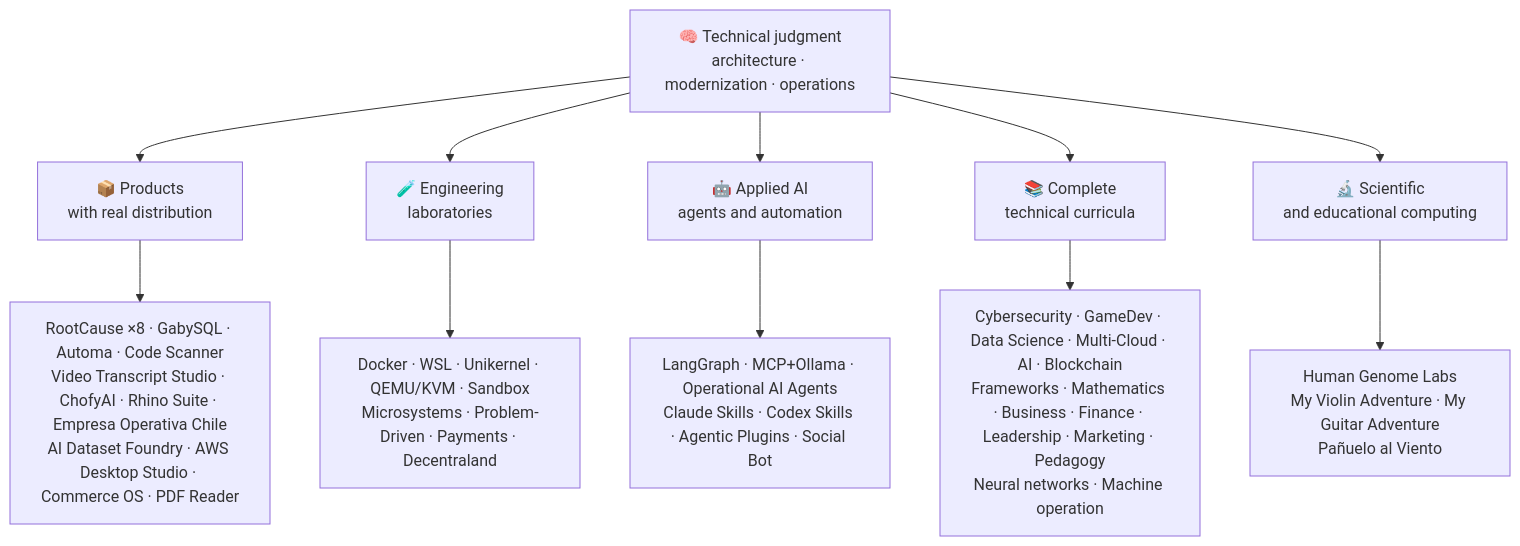
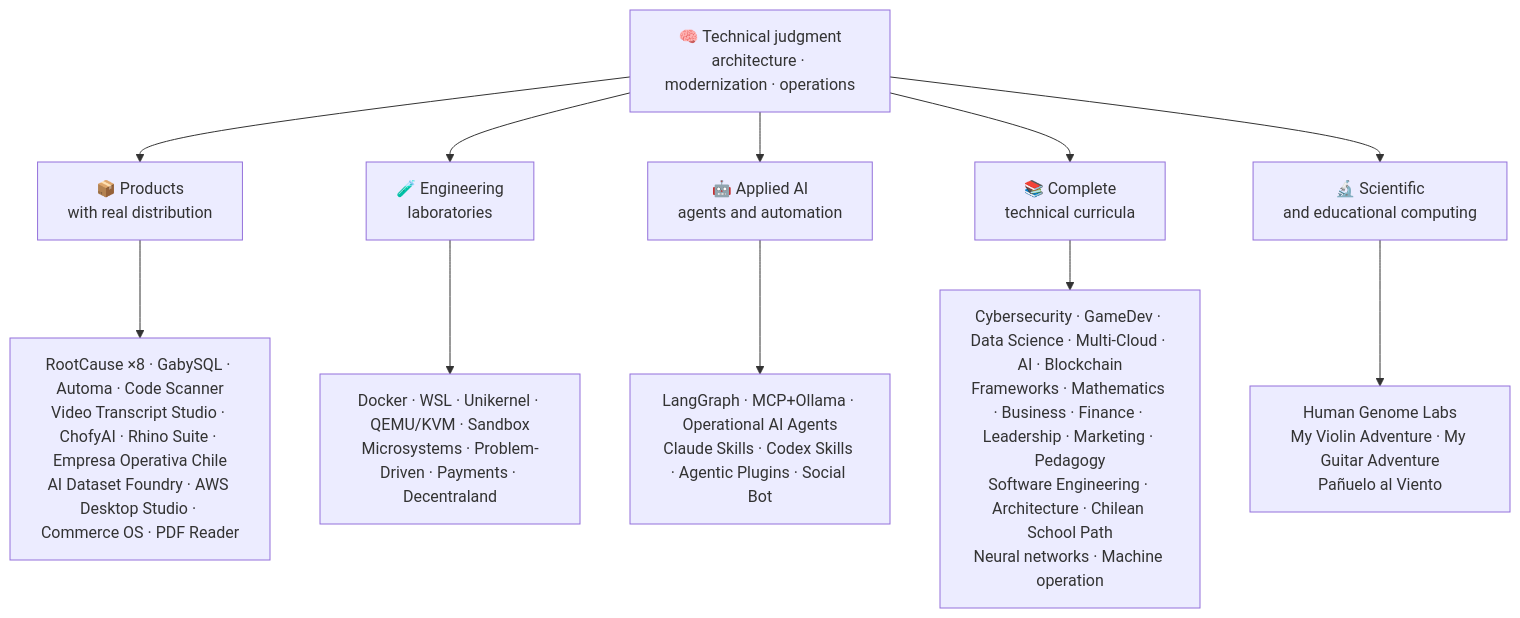
One commit to vladimiracunadev-create/vladimiracunadev-create changed the diagram in README.en.md. Above: the diagram before and after it, drawn with Mermaid. The commit also changed other lines of this file and 24 other files, not shown here.

````diff
--- a/README.en.md
+++ b/README.en.md
@@ -76,14 +76,14 @@
 ```mermaid
 flowchart TD
     A["🧠 Technical judgment<br/>architecture · modernization · operations"] --> B["📦 Products<br/>with real distribution"]
     A --> C["🧪 Engineering<br/>laboratories"]
     A --> D["🤖 Applied AI<br/>agents and automation"]
     A --> E["📚 Complete<br/>technical curricula"]
     A --> F["🔬 Scientific<br/>and educational computing"]
 
     B --> B1["RootCause ×8 · GabySQL · Automa · Code Scanner<br/>Video Transcript Studio · ChofyAI · Rhino Suite · Empresa Operativa Chile<br/>AI Dataset Foundry · AWS Desktop Studio · Commerce OS · PDF Reader"]
     C --> C1["Docker · WSL · Unikernel · QEMU/KVM · Sandbox<br/>Microsystems · Problem-Driven · Payments · Decentraland"]
     D --> D1["LangGraph · MCP+Ollama · Operational AI Agents<br/>Claude Skills · Codex Skills · Agentic Plugins · Social Bot"]
-    E --> E1["Cybersecurity · GameDev · Data Science · Multi-Cloud · AI · Blockchain<br/>Frameworks · Mathematics · Business · Finance · Leadership · Marketing · Pedagogy<br/>Neural networks · Machine operation"]
+    E --> E1["Cybersecurity · GameDev · Data Science · Multi-Cloud · AI · Blockchain<br/>Frameworks · Mathematics · Business · Finance · Leadership · Marketing · Pedagogy<br/>Software Engineering · Architecture · Chilean School Path<br/>Neural networks · Machine operation"]
     F --> F1["Human Genome Labs<br/>My Violin Adventure · My Guitar Adventure<br/>Pañuelo al Viento"]
 ```
````
